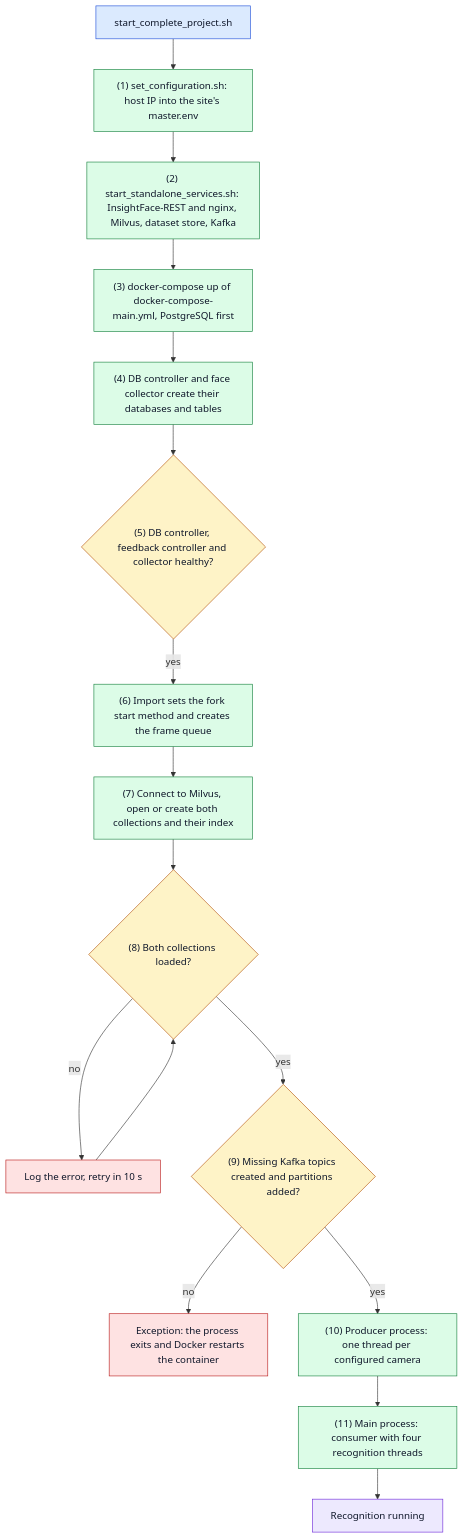
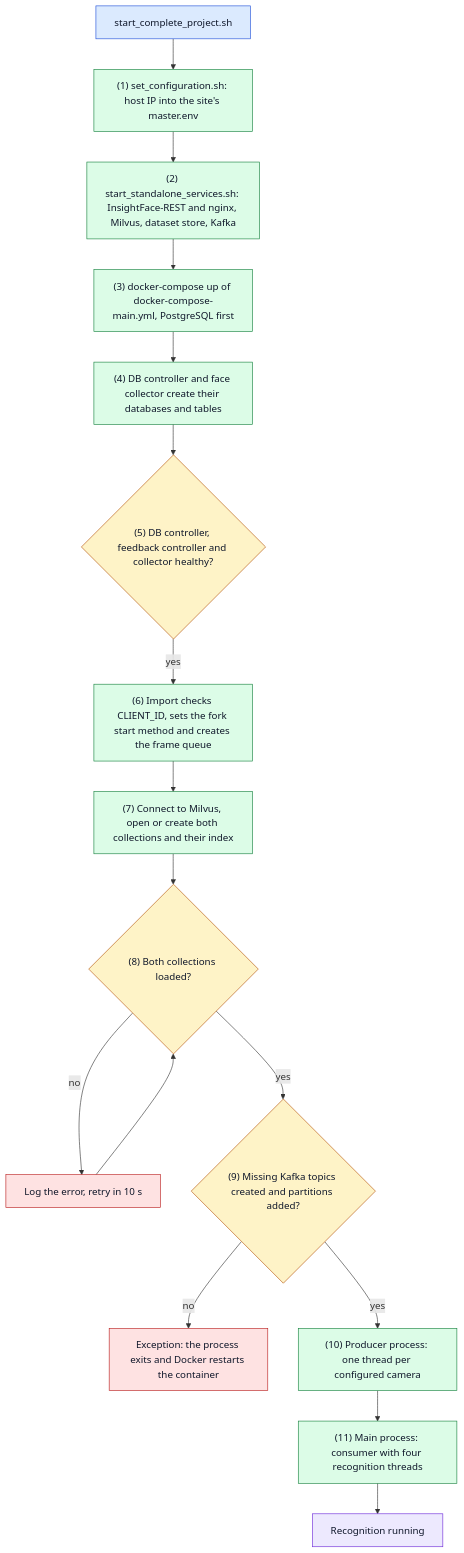
Before and after one commit to hamza-aziz-ai/CCTV-Face-Recognition-Attendance-System: the first of 8 diagrams in docs/FLOW.md, drawn with Mermaid. The commit also changed other lines of this file and 11 other files, not shown here.

First line of the commit message:
feat: require CLIENT_ID and give each client its own databases and topics (D-036 step 1) (#61)

````diff
--- a/docs/FLOW.md
+++ b/docs/FLOW.md
@@ -26,32 +26,32 @@
 ```mermaid
 flowchart TB
     START["`start_complete_project.sh`"]:::entry
     CFG["`(1) set_configuration.sh: host IP into the site's master.env`"]:::step
     SA["`(2) start_standalone_services.sh: InsightFace-REST and nginx, Milvus, dataset store, Kafka`"]:::step
     UP["`(3) docker-compose up of docker-compose-main.yml, PostgreSQL first`"]:::step
     INIT["`(4) DB controller and face collector create their databases and tables`"]:::step
     WAITDEP{"`(5) DB controller, feedback controller and collector healthy?`"}:::decision
-    FORK["`(6) Import sets the fork start method and creates the frame queue`"]:::step
+    FORK["`(6) Import checks CLIENT_ID, sets the fork start method and creates the frame queue`"]:::step
     MV["`(7) Connect to Milvus, open or create both collections and their index`"]:::step
     LOAD{"`(8) Both collections loaded?`"}:::decision
     RETRY["`Log the error, retry in 10 s`"]:::error
     TOPICS{"`(9) Missing Kafka topics created and partitions added?`"}:::decision
     CRASH["`Exception: the process exits and Docker restarts the container`"]:::error
     PROD["`(10) Producer process: one thread per configured camera`"]:::step
     CONS["`(11) Main process: consumer with four recognition threads`"]:::step
     RUN["`Recognition running`"]:::outcome
 
     START --> CFG --> SA --> UP --> INIT --> WAITDEP
     WAITDEP -->|"`yes`"| FORK --> MV --> LOAD
     LOAD -->|"`no`"| RETRY --> LOAD
     LOAD -->|"`yes`"| TOPICS
     TOPICS -->|"`no`"| CRASH
     TOPICS -->|"`yes`"| PROD --> CONS --> RUN
 
     classDef entry fill:#dbeafe,stroke:#1d4ed8,color:#0f172a
     classDef step fill:#dcfce7,stroke:#15803d,color:#0f172a
     classDef decision fill:#fef3c7,stroke:#b45309,color:#0f172a
     classDef outcome fill:#ede9fe,stroke:#6d28d9,color:#0f172a
     classDef error fill:#fee2e2,stroke:#b91c1c,color:#0f172a
     classDef store fill:#f1f5f9,stroke:#475569,color:#0f172a
 ```
````
